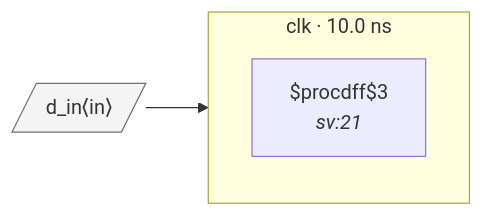
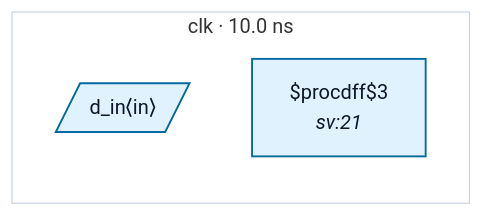
The diagram in tests/fixtures/good_marked_reset_polarity/README.md (rtl-buddy/rtl-buddy-cdc), drawn with Mermaid before and after one commit. The commit also changed 71 other files, not shown here.

````diff
--- a/tests/fixtures/good_marked_reset_polarity/README.md
+++ b/tests/fixtures/good_marked_reset_polarity/README.md
@@ -23,11 +23,13 @@
 ```mermaid
 %% good_marked_reset_polarity — generated by rtl-buddy-cdc render
 flowchart LR
   subgraph clk_clk["clk · 10.0 ns"]
     direction TB
-    f_5147326c["$procdff$3<br/><i>sv:21</i>"]
+    p_in_d_in[/"d_in⟨in⟩"/]:::ckcls_clk
+    f_5147326c["$procdff$3<br/><i>sv:21</i>"]:::ckcls_clk
   end
-  p_in_d_in[/"d_in⟨in⟩"/]:::port
-  p_in_d_in --> f_5147326c
-  classDef port fill:#f4f4f5,stroke:#71717a
+  style clk_clk fill:none,stroke:#cbd5e1
+  classDef ckcls_clk fill:#e0f2fe,stroke:#0369a1,stroke-width:1.5px,color:#0f172a
+  classDef port_unassigned fill:#f4f4f5,stroke:#71717a,color:#0f172a
+  classDef ckcls_legend_neutral fill:#ffffff,stroke:#cbd5e1,stroke-width:1px,color:#0f172a
 ```
````
